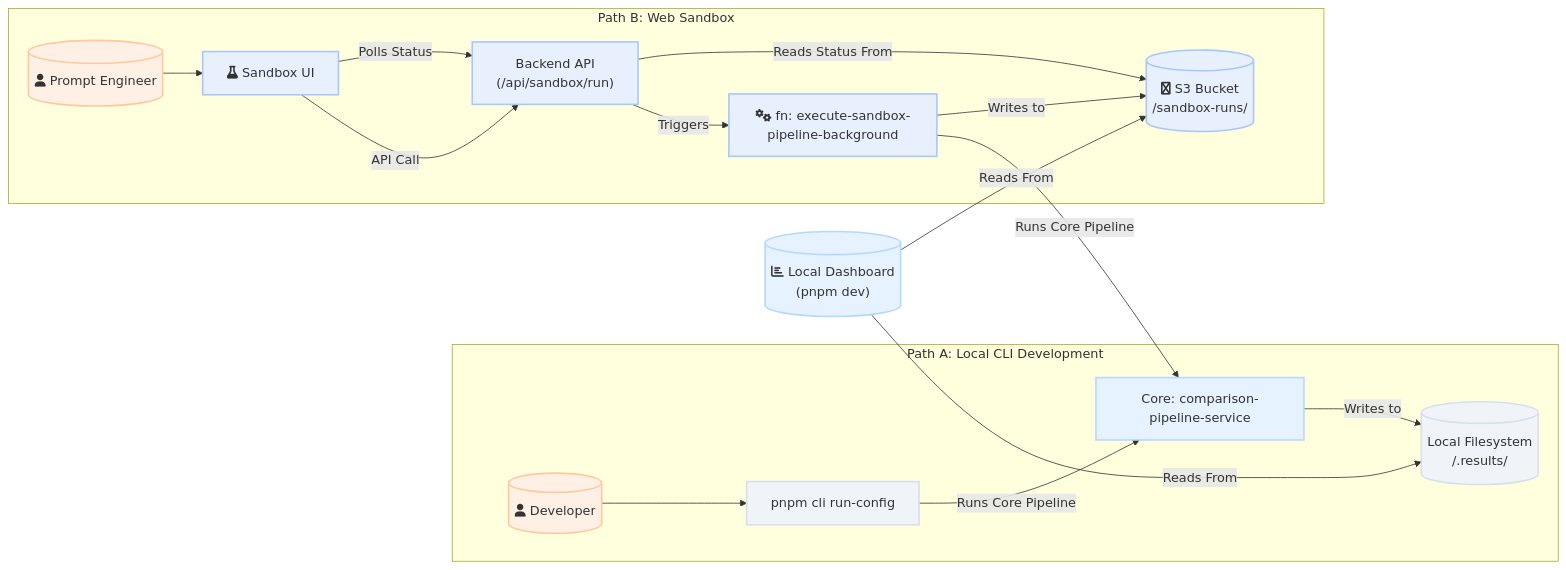
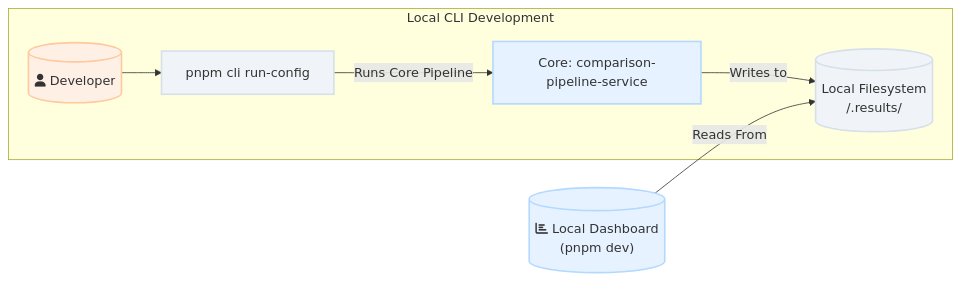
Before and after one commit to collect-intel/dtef-app: the second of 4 diagrams in docs/ARCHITECTURE.md, drawn with Mermaid. The commit also changed other lines of this file and 27 other files, not shown here.

````diff
--- a/docs/ARCHITECTURE.md
+++ b/docs/ARCHITECTURE.md
@@ -50,30 +51,18 @@
 ```mermaid
 graph LR
-    subgraph "Path A: Local CLI Development"
+    subgraph "Local CLI Development"
         A[("fa:fa-user Developer")] --> B["pnpm cli run-config"]
         B -- Runs Core Pipeline --> E[Core: comparison-pipeline-service]
         E -- Writes to --> F[("Local Filesystem<br>/.results/")]
     end
 
-    subgraph "Path B: Web Sandbox"
-        C[("fa:fa-user Prompt Engineer")] --> D["fa:fa-flask Sandbox UI"]
-        D -- API Call --> G["Backend API<br>(/api/sandbox/run)"]
-        G -- Triggers --> H["fa:fa-cogs fn: execute-sandbox-pipeline-background"]
-        H -- Runs Core Pipeline --> E
-        H -- Writes to --> I[("fa:fa-aws S3 Bucket<br>/sandbox-runs/")]
-        D -- Polls Status --> G
-        G -- Reads Status From --> I
-    end
-    
-    J[("fa:fa-chart-bar Local Dashboard<br>(pnpm dev)")] -- Reads From --> F & I
+    J[("fa:fa-chart-bar Local Dashboard<br>(pnpm dev)")] -- Reads From --> F
 
     classDef user fill:#fff0e6,stroke:#ffc99e,stroke-width:2px;
     classDef local fill:#f0f4f8,stroke:#d6e0ea,stroke-width:2px;
-    classDef web fill:#e8f0fe,stroke:#a6c8ff,stroke-width:2px;
     classDef core fill:#e6f2ff,stroke:#b3d9ff,stroke-width:2px;
-    
-    class A,C user;
+
+    class A user;
     class B,F local;
-    class D,G,H,I web;
     class E,J core;
 ```
````
